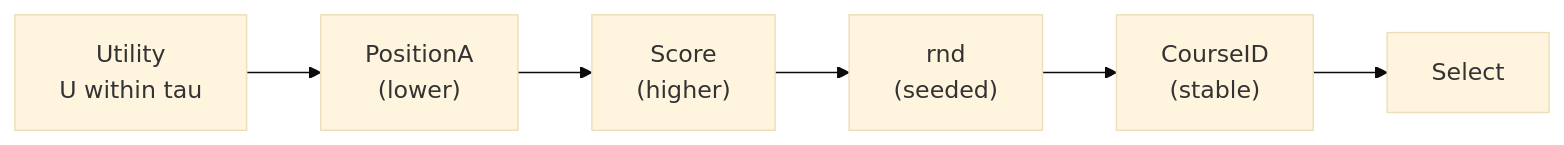
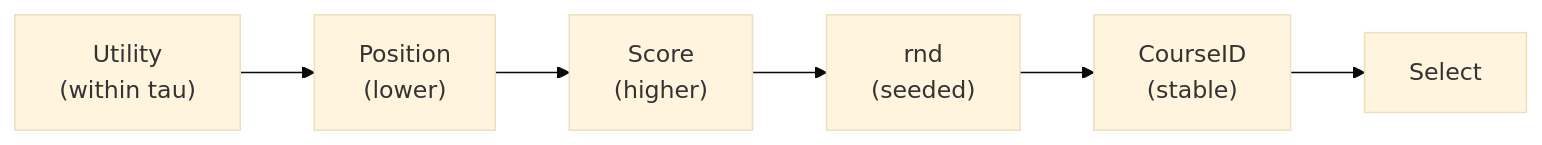
One commit to JosefSo/Course-Allocation-with-Friendships changed the diagram in README.md. Above: the diagram before and after it, drawn with Mermaid (base theme). The commit also changed other lines of this file and 5 other files, not shown here.

````diff
--- a/README.md
+++ b/README.md
@@ -287,10 +333,8 @@
 ```mermaid
 flowchart LR
-    A["Utility<br/>U within tau"]
-    B["PositionA<br/>(lower)"]
-    C["Score<br/>(higher)"]
-    D["rnd<br/>(seeded)"]
-    E["CourseID<br/>(stable)"]
-
-    A --> B --> C --> D --> E --> Z["Select"]
+    A["Utility<br/>(within tau)"] --> B["Position<br/>(lower)"]
+    B --> C["Score<br/>(higher)"]
+    C --> D["rnd<br/>(seeded)"]
+    D --> E["CourseID<br/>(stable)"]
+    E --> Z["Select"]
 ```
````
